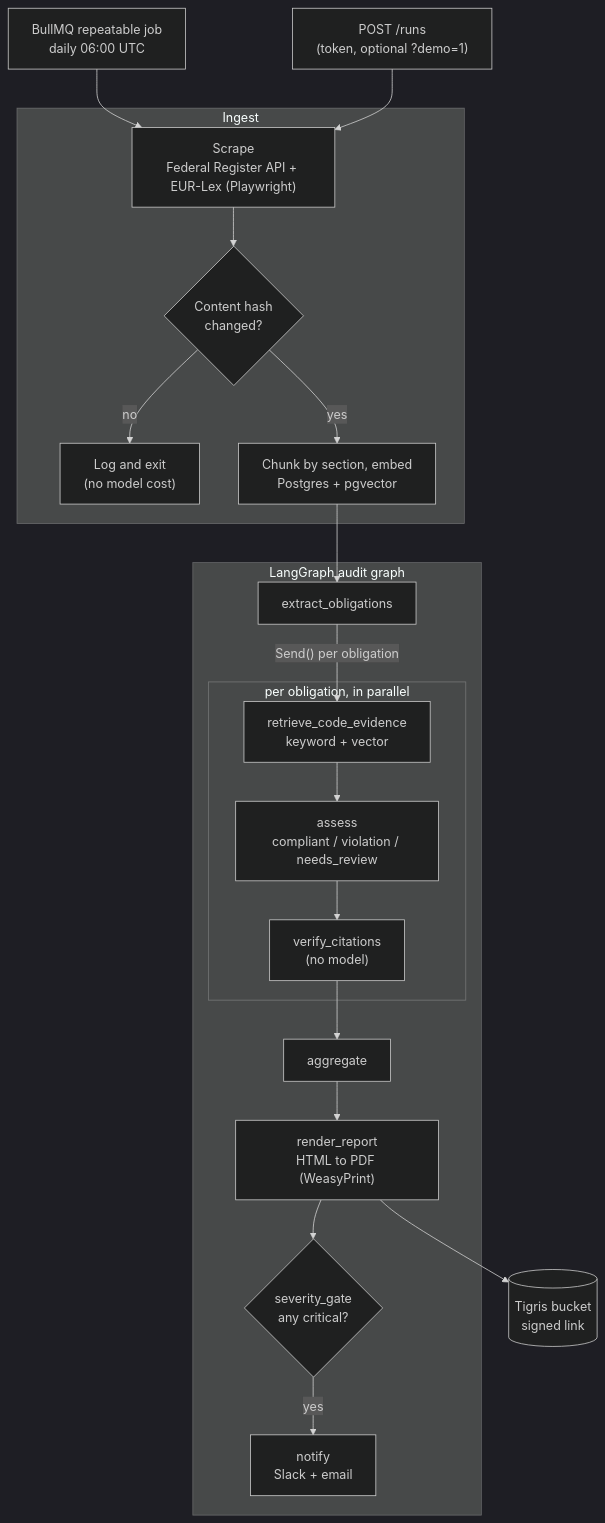
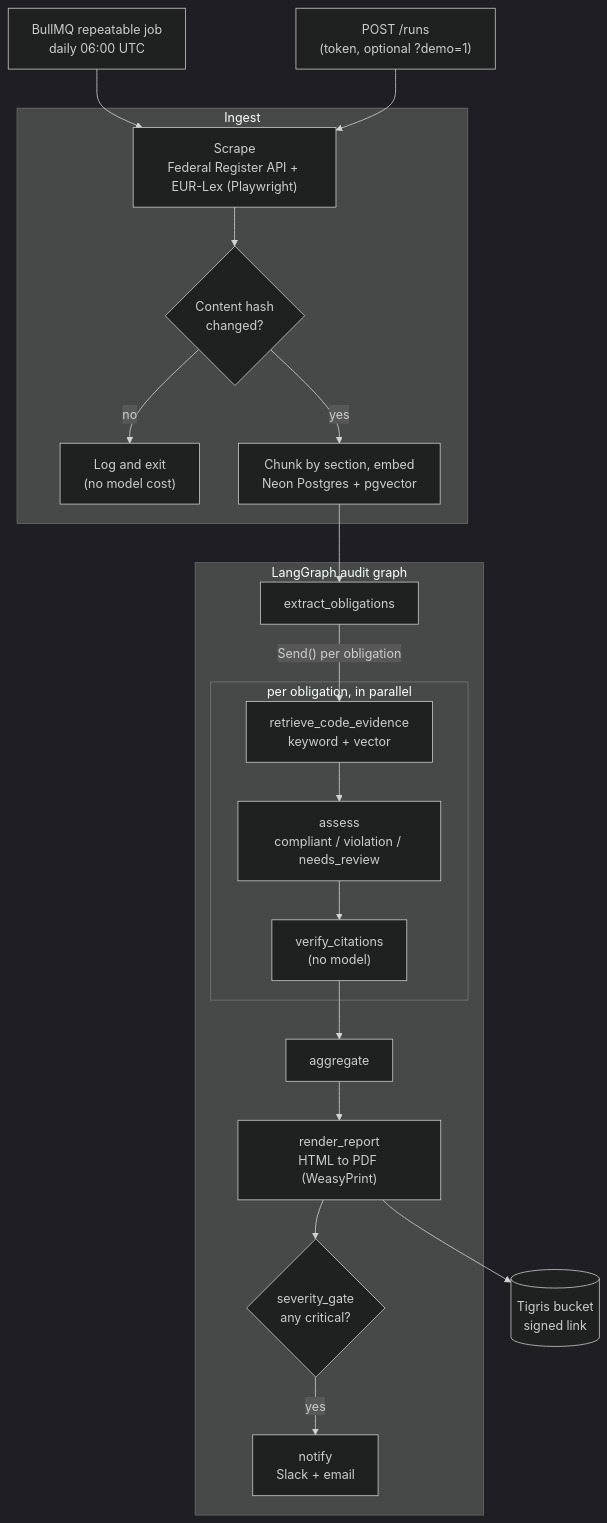
The diagram in README.md (gengirish/compliance-sentinel), drawn with Mermaid (dark theme) before and after one commit. The commit also changed other lines of this file and 5 other files, not shown here.

First line of the commit message:
Use Neon Postgres as the database

````diff
--- a/README.md
+++ b/README.md
@@ -31,27 +38,27 @@
 ```mermaid
 flowchart TD
     cron["BullMQ repeatable job<br/>daily 06:00 UTC"] --> scrape
     manual["POST /runs<br/>(token, optional ?demo=1)"] --> scrape
 
     subgraph ing [Ingest]
         scrape["Scrape<br/>Federal Register API + EUR-Lex (Playwright)"] --> diff{"Content hash<br/>changed?"}
         diff -- no --> skip["Log and exit<br/>(no model cost)"]
-        diff -- yes --> embed["Chunk by section, embed<br/>Postgres + pgvector"]
+        diff -- yes --> embed["Chunk by section, embed<br/>Neon Postgres + pgvector"]
     end
 
     embed --> extract
 
     subgraph audit [LangGraph audit graph]
         extract["extract_obligations"] -->|"Send() per obligation"| retrieve
         subgraph per [per obligation, in parallel]
             retrieve["retrieve_code_evidence<br/>keyword + vector"] --> assess["assess<br/>compliant / violation / needs_review"]
             assess --> verify["verify_citations<br/>(no model)"]
         end
         verify --> aggregate["aggregate"]
         aggregate --> render["render_report<br/>HTML to PDF (WeasyPrint)"]
         render --> gate{"severity_gate<br/>any critical?"}
         gate -- yes --> notify["notify<br/>Slack + email"]
     end
 
     render --> store[("Tigris bucket<br/>signed link")]
 ```
````
